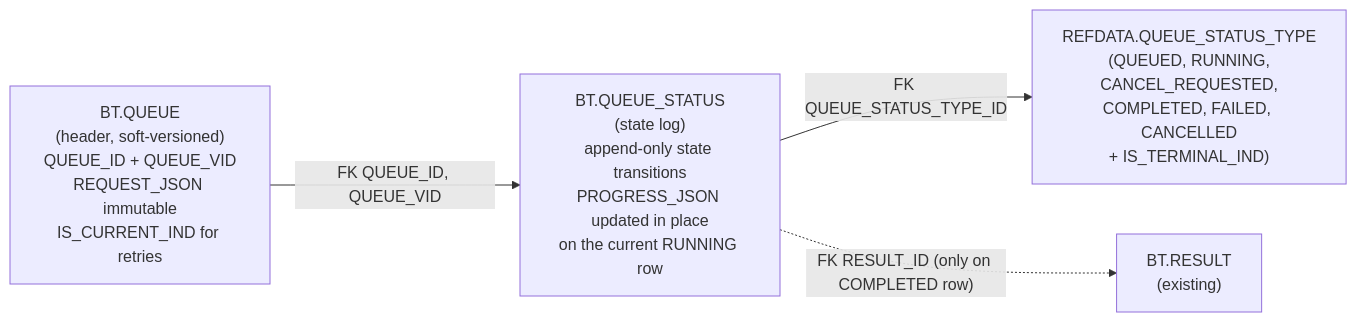
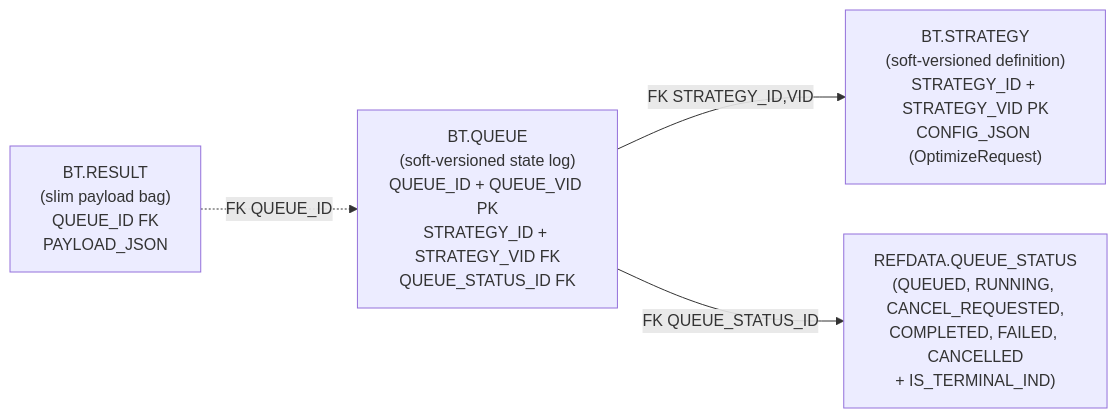
The first of 2 diagrams in docs/design/backtest-queue-v3-review.md (alfred1123/Quant_Strategies), drawn with Mermaid before and after one commit. The commit also changed other lines of this file and 25 other files, not shown here.

````diff
--- a/docs/design/backtest-queue-v3-review.md
+++ b/docs/design/backtest-queue-v3-review.md
@@ -25,11 +28,11 @@
 ```mermaid
 flowchart LR
-    refdata["REFDATA.QUEUE_STATUS_TYPE<br/>(QUEUED, RUNNING,<br/>CANCEL_REQUESTED,<br/>COMPLETED, FAILED, CANCELLED<br/>+ IS_TERMINAL_IND)"]
-    queue["BT.QUEUE<br/>(header, soft-versioned)<br/>QUEUE_ID + QUEUE_VID<br/>REQUEST_JSON immutable<br/>IS_CURRENT_IND for retries"]
-    qstatus["BT.QUEUE_STATUS<br/>(state log)<br/>append-only state transitions<br/>PROGRESS_JSON updated in place<br/>on the current RUNNING row"]
-    result["BT.RESULT<br/>(existing)"]
+    refdata["REFDATA.QUEUE_STATUS<br/>(QUEUED, RUNNING, CANCEL_REQUESTED,<br/>COMPLETED, FAILED, CANCELLED<br/>+ IS_TERMINAL_IND)"]
+    strat["BT.STRATEGY<br/>(soft-versioned definition)<br/>STRATEGY_ID + STRATEGY_VID PK<br/>CONFIG_JSON (OptimizeRequest)"]
+    queue["BT.QUEUE<br/>(soft-versioned state log)<br/>QUEUE_ID + QUEUE_VID PK<br/>STRATEGY_ID + STRATEGY_VID FK<br/>QUEUE_STATUS_ID FK"]
+    result["BT.RESULT<br/>(slim payload bag)<br/>QUEUE_ID FK<br/>PAYLOAD_JSON"]
 
-    queue -->|"FK QUEUE_ID, QUEUE_VID"| qstatus
-    qstatus -->|"FK QUEUE_STATUS_TYPE_ID"| refdata
-    qstatus -.->|"FK RESULT_ID (only on COMPLETED row)"| result
+    queue -->|"FK STRATEGY_ID,VID"| strat
+    queue -->|"FK QUEUE_STATUS_ID"| refdata
+    result -.->|"FK QUEUE_ID"| queue
 ```
````
